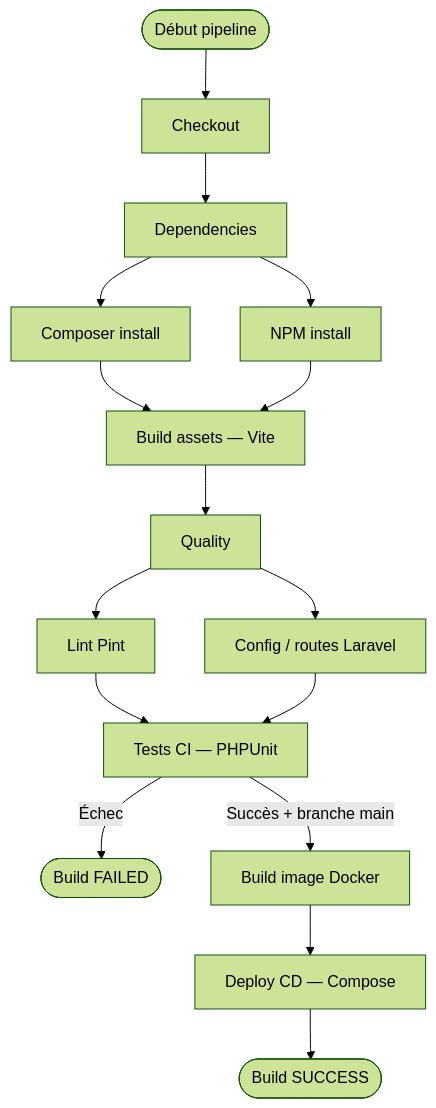
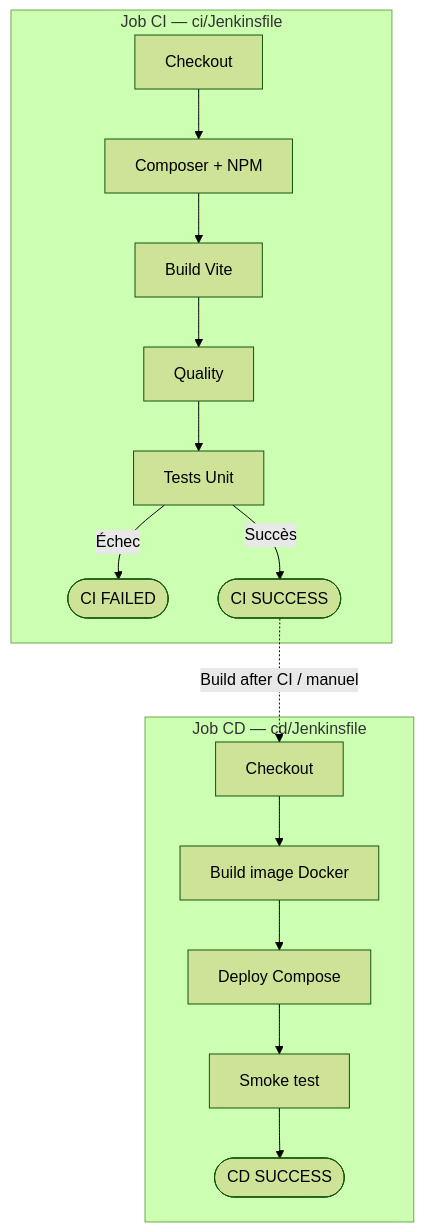
The second of 4 diagrams in docs/DevOps-NutriTrace.md (medamin87737/Esprit_5Twin6_EspritHub), drawn with Mermaid (forest theme) before and after one commit. The commit also changed other lines of this file and 4 other files, not shown here.

````diff
--- a/docs/DevOps-NutriTrace.md
+++ b/docs/DevOps-NutriTrace.md
@@ -76,18 +81,20 @@
 ```mermaid
 flowchart TB
-    S0([Début pipeline]) --> S1[Checkout]
-    S1 --> S2[Dependencies]
-    S2 --> S2a[Composer install]
-    S2 --> S2b[NPM install]
-    S2a --> S3[Build assets — Vite]
-    S2b --> S3
-    S3 --> S4[Quality]
-    S4 --> S4a[Lint Pint]
-    S4 --> S4b[Config / routes Laravel]
-    S4a --> S5[Tests CI — PHPUnit]
-    S4b --> S5
-    S5 -->|Échec| X([Build FAILED])
-    S5 -->|Succès + branche main| S6[Build image Docker]
-    S6 --> S7[Deploy CD — Compose]
-    S7 --> Y([Build SUCCESS])
+    subgraph CI["Job CI — ci/Jenkinsfile"]
+        A1[Checkout] --> A2[Composer + NPM]
+        A2 --> A3[Build Vite]
+        A3 --> A4[Quality]
+        A4 --> A5[Tests Unit]
+        A5 -->|Échec| FX([CI FAILED])
+        A5 -->|Succès| COK([CI SUCCESS])
+    end
+
+    subgraph CD["Job CD — cd/Jenkinsfile"]
+        B1[Checkout] --> B2[Build image Docker]
+        B2 --> B3[Deploy Compose]
+        B3 --> B4[Smoke test]
+        B4 --> DOK([CD SUCCESS])
+    end
+
+    COK -.->|Build after CI / manuel| B1
 ```
````
